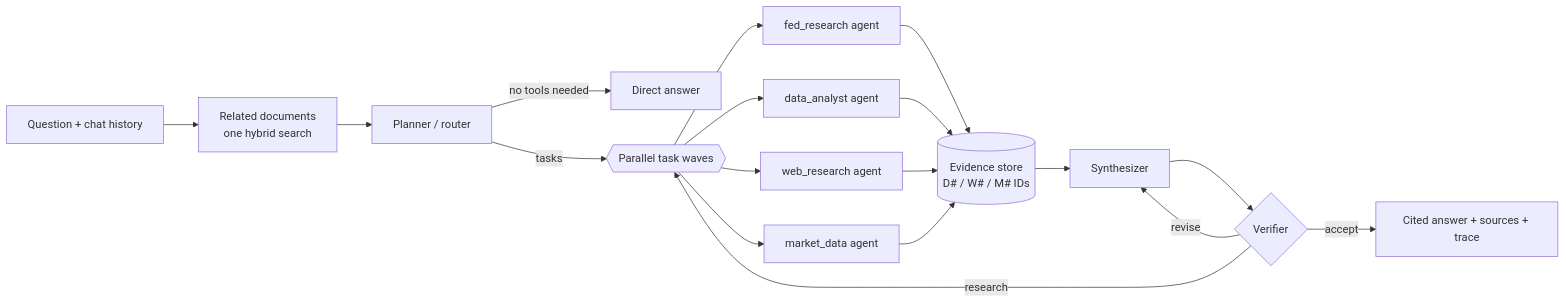
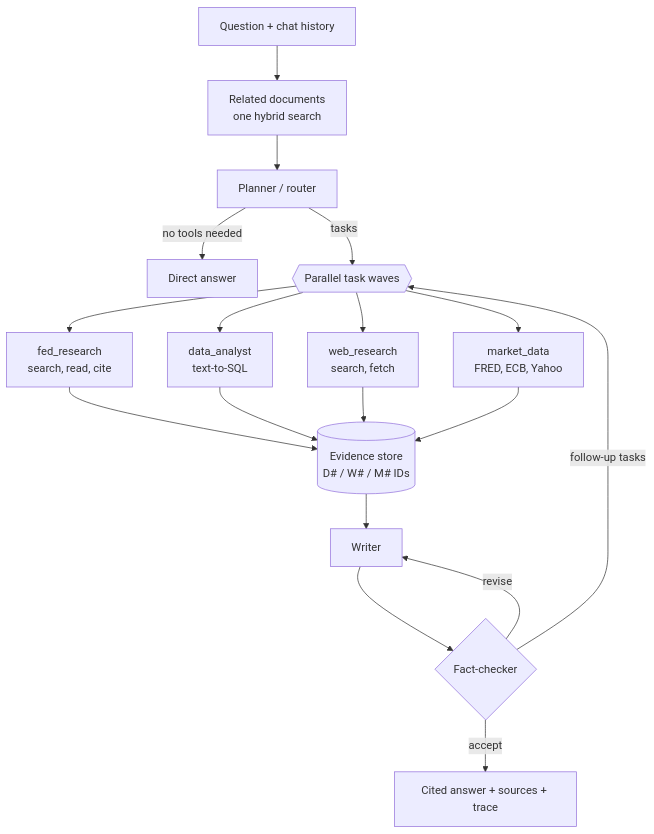
One commit to atahanuz/fedrag changed the diagram in docs/architecture.md. Above: the diagram before and after it, drawn with Mermaid. The commit also changed 1 other file, not shown here.

Commit message:
README: top-down architecture diagram that stays readable at page width

````diff
--- a/docs/architecture.md
+++ b/docs/architecture.md
@@ -7,17 +7,17 @@
 ```mermaid
-flowchart LR
+flowchart TB
     Q[Question + chat history] --> R[Related documents<br/>one hybrid search]
     R --> P[Planner / router]
     P -- no tools needed --> D[Direct answer]
     P -- tasks --> X{{Parallel task waves}}
-    X --> F[fed_research agent]
-    X --> T[data_analyst agent]
-    X --> W[web_research agent]
-    X --> M[market_data agent]
+    X --> F[fed_research<br/>search, read, cite]
+    X --> T[data_analyst<br/>text-to-SQL]
+    X --> W[web_research<br/>search, fetch]
+    X --> M[market_data<br/>FRED, ECB, Yahoo]
     F & T & W & M --> E[(Evidence store<br/>D# / W# / M# IDs)]
-    E --> S[Synthesizer]
-    S --> V{Verifier}
+    E --> S[Writer]
+    S --> V{Fact-checker}
     V -- accept --> A[Cited answer + sources + trace]
     V -- revise --> S
-    V -- research --> X
+    V -- follow-up tasks --> X
 ```
````
